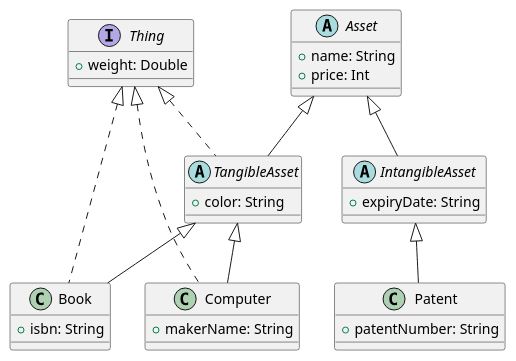
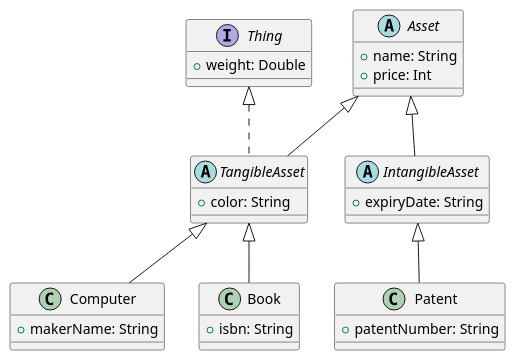
The diagram in src/main/kotlin/com/survivalcoding/kotlinstudy/06_abstract_class_interface/Asset.puml (SurvivalCodingCampus/gangnam2_kotlin_study), drawn with PlantUML before and after one commit.

Commit message:
[과제] docs: Asset UML 관계 표현 수정

```diff
--- a/src/main/kotlin/com/survivalcoding/kotlinstudy/06_abstract_class_interface/Asset.puml
+++ b/src/main/kotlin/com/survivalcoding/kotlinstudy/06_abstract_class_interface/Asset.puml
@@ -1,48 +1,44 @@
 @startuml
 scale 1
 
 ' 인터페이스
 interface Thing {
     + weight: Double
 }
 
 ' 추상 클래스
 abstract class Asset {
     + name: String
     + price: Int
 }
 
 ' 자식 클래스
 abstract class TangibleAsset {
     + color: String
 }
 
 abstract class IntangibleAsset {
     + expiryDate: String
 }
 
 class Computer {
     + makerName: String
 }
 
 class Book {
     + isbn: String
 }
 
 class Patent {
     + patentNumber: String
 }
 
 ' 관계
 Asset <|-- TangibleAsset
 Asset <|-- IntangibleAsset
 TangibleAsset <|-- Computer
 TangibleAsset <|-- Book
 IntangibleAsset <|-- Patent
-
-' 인터페이스 구현
 Thing <|..TangibleAsset
-Thing <|.. Computer
-Thing <|.. Book
 
 @enduml
```
